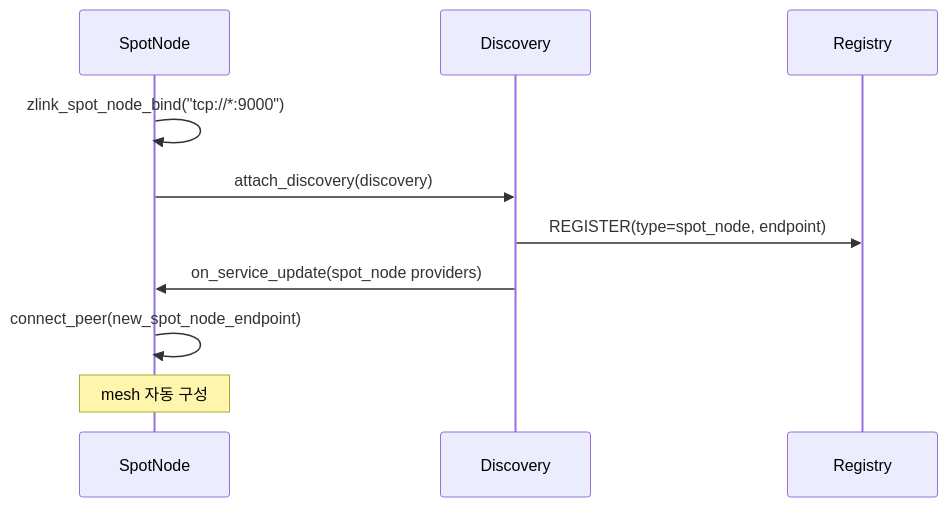
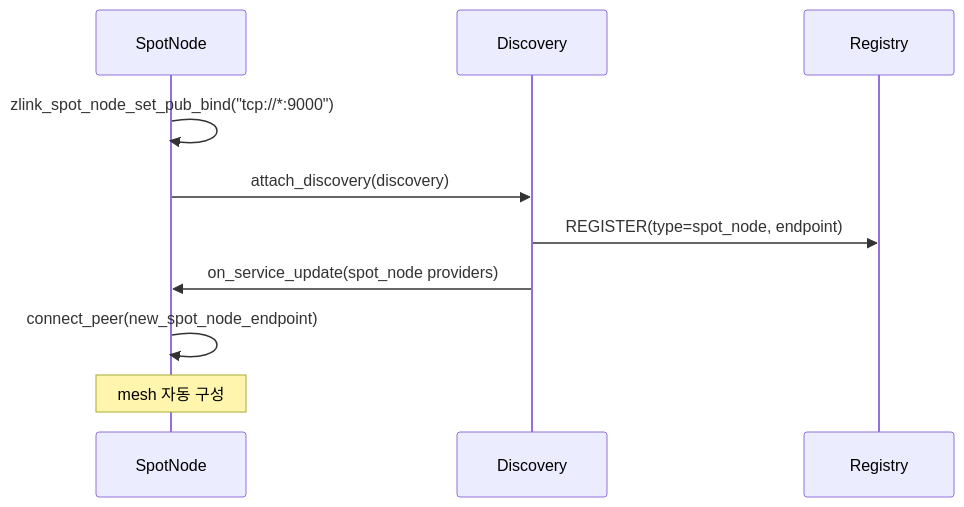
One commit to kairos-code-dev/zlink changed the seventh of 11 diagrams in doc/site/docs/internals/discovery-internals.ko.md. Above: the diagram before and after it, drawn with Mermaid. The commit also changed 167 other files, not shown here.

````diff
--- a/doc/site/docs/internals/discovery-internals.ko.md
+++ b/doc/site/docs/internals/discovery-internals.ko.md
@@ -288,14 +288,14 @@
 ```mermaid
 sequenceDiagram
     participant Node as SpotNode
     participant Disc as Discovery
     participant REG as Registry
 
-    Node->>Node: zlink_spot_node_bind("tcp://*:9000")
+    Node->>Node: zlink_spot_node_set_pub_bind("tcp://*:9000")
     Node->>Disc: attach_discovery(discovery)
     Disc->>REG: REGISTER(type=spot_node, endpoint)
 
     Disc->>Node: on_service_update(spot_node providers)
     Node->>Node: connect_peer(new_spot_node_endpoint)
     Note over Node: mesh 자동 구성
 ```
````
